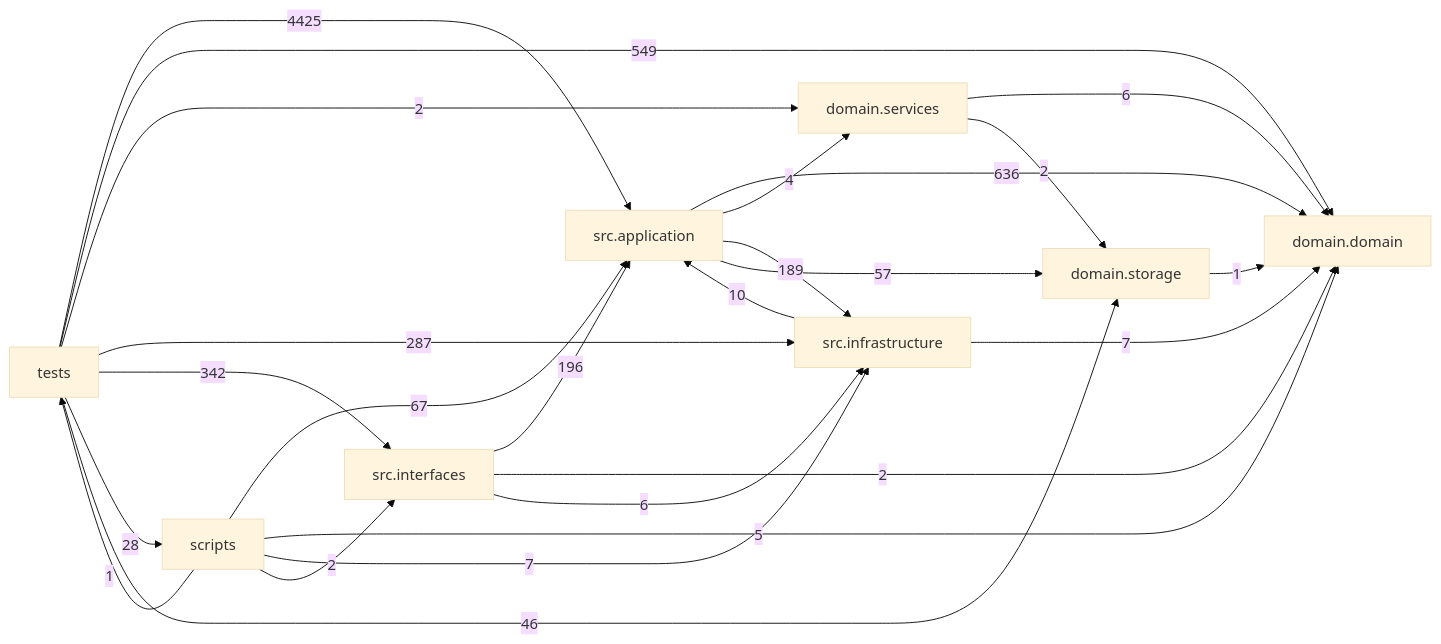
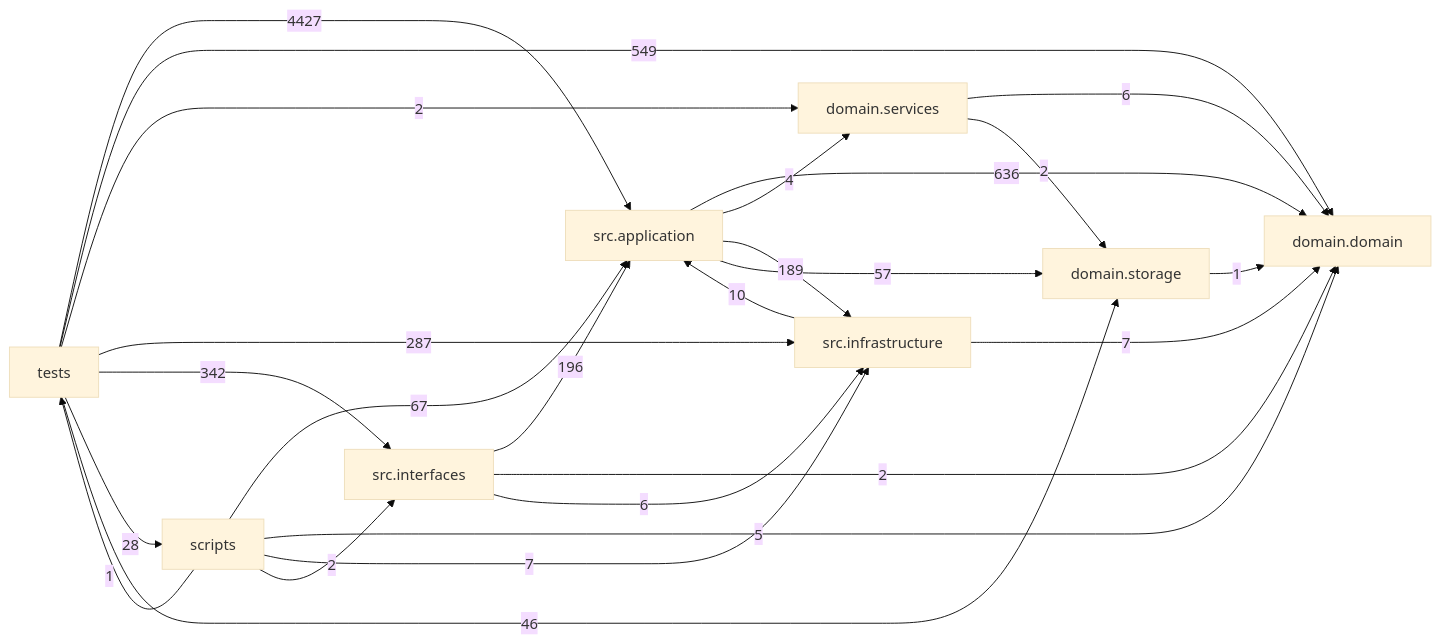
The diagram in docs/DEPENDENCY_GRAPH.md (liuxie066/options-monitor), drawn with Mermaid (base theme) before and after one commit. The commit also changed other lines of this file and 6 other files, not shown here.

````diff
--- a/docs/DEPENDENCY_GRAPH.md
+++ b/docs/DEPENDENCY_GRAPH.md
@@ -24,35 +24,35 @@
 ```mermaid
 flowchart LR
   tests["tests"]
   scripts["scripts"]
   interfaces["src.interfaces"]
   application["src.application"]
   infrastructure["src.infrastructure"]
   domain_services["domain.services"]
   domain["domain.domain"]
   storage["domain.storage"]
   application -->|636| domain
   application -->|4| domain_services
   application -->|189| infrastructure
   application -->|57| storage
   domain_services -->|6| domain
   domain_services -->|2| storage
   infrastructure -->|10| application
   infrastructure -->|7| domain
   interfaces -->|196| application
   interfaces -->|2| domain
   interfaces -->|6| infrastructure
   scripts -->|67| application
   scripts -->|5| domain
   scripts -->|7| infrastructure
   scripts -->|2| interfaces
   scripts -->|1| tests
   storage -->|1| domain
-  tests -->|4425| application
+  tests -->|4427| application
   tests -->|549| domain
   tests -->|2| domain_services
   tests -->|287| infrastructure
   tests -->|342| interfaces
   tests -->|28| scripts
   tests -->|46| storage
 ```
````
